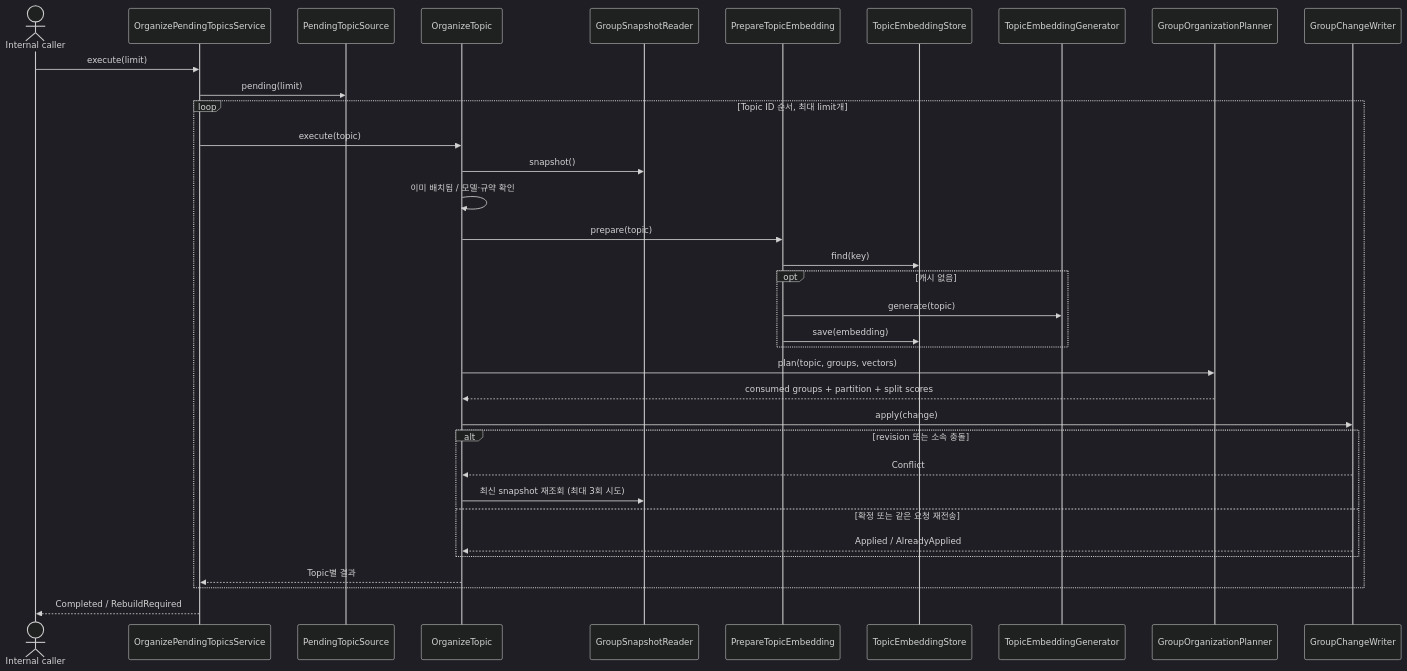
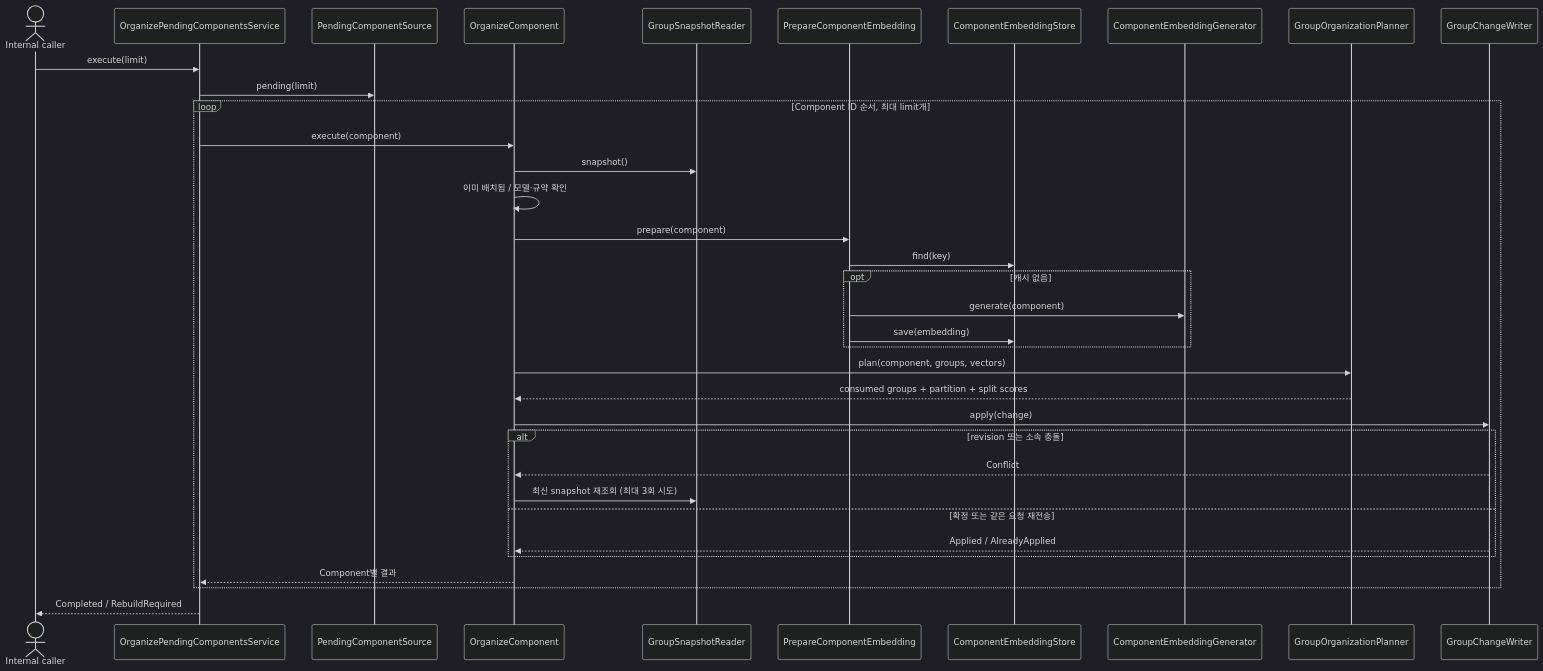
Before and after one commit to magenta1223/home_assistant: the diagram in application/src/main/kotlin/com/homeassistant/application/usecase/group/README.md, drawn with Mermaid (dark theme). The commit also changed other lines of this file and 321 other files, not shown here.

Commit message:
Rename Memory to Episode and Topic to Component

````diff
--- a/application/src/main/kotlin/com/homeassistant/application/usecase/group/README.md
+++ b/application/src/main/kotlin/com/homeassistant/application/usecase/group/README.md
@@ -16,37 +16,37 @@
 ```mermaid
 sequenceDiagram
     actor Caller as Internal caller
-    participant Batch as OrganizePendingTopicsService
-    participant Pending as PendingTopicSource
-    participant One as OrganizeTopic
+    participant Batch as OrganizePendingComponentsService
+    participant Pending as PendingComponentSource
+    participant One as OrganizeComponent
     participant Snapshots as GroupSnapshotReader
-    participant Embedding as PrepareTopicEmbedding
-    participant Cache as TopicEmbeddingStore
-    participant Generator as TopicEmbeddingGenerator
+    participant Embedding as PrepareComponentEmbedding
+    participant Cache as ComponentEmbeddingStore
+    participant Generator as ComponentEmbeddingGenerator
     participant Policy as GroupOrganizationPlanner
     participant Writer as GroupChangeWriter
     Caller->>Batch: execute(limit)
     Batch->>Pending: pending(limit)
-    loop Topic ID 순서, 최대 limit개
-        Batch->>One: execute(topic)
+    loop Component ID 순서, 최대 limit개
+        Batch->>One: execute(component)
         One->>Snapshots: snapshot()
         One->>One: 이미 배치됨 / 모델·규약 확인
-        One->>Embedding: prepare(topic)
+        One->>Embedding: prepare(component)
         Embedding->>Cache: find(key)
         opt 캐시 없음
-            Embedding->>Generator: generate(topic)
+            Embedding->>Generator: generate(component)
             Embedding->>Cache: save(embedding)
         end
-        One->>Policy: plan(topic, groups, vectors)
+        One->>Policy: plan(component, groups, vectors)
         Policy-->>One: consumed groups + partition + split scores
         One->>Writer: apply(change)
         alt revision 또는 소속 충돌
             Writer-->>One: Conflict
             One->>Snapshots: 최신 snapshot 재조회 (최대 3회 시도)
         else 확정 또는 같은 요청 재전송
             Writer-->>One: Applied / AlreadyApplied
         end
-        One-->>Batch: Topic별 결과
+        One-->>Batch: Component별 결과
     end
     Batch-->>Caller: Completed / RebuildRequired
 ```
````
